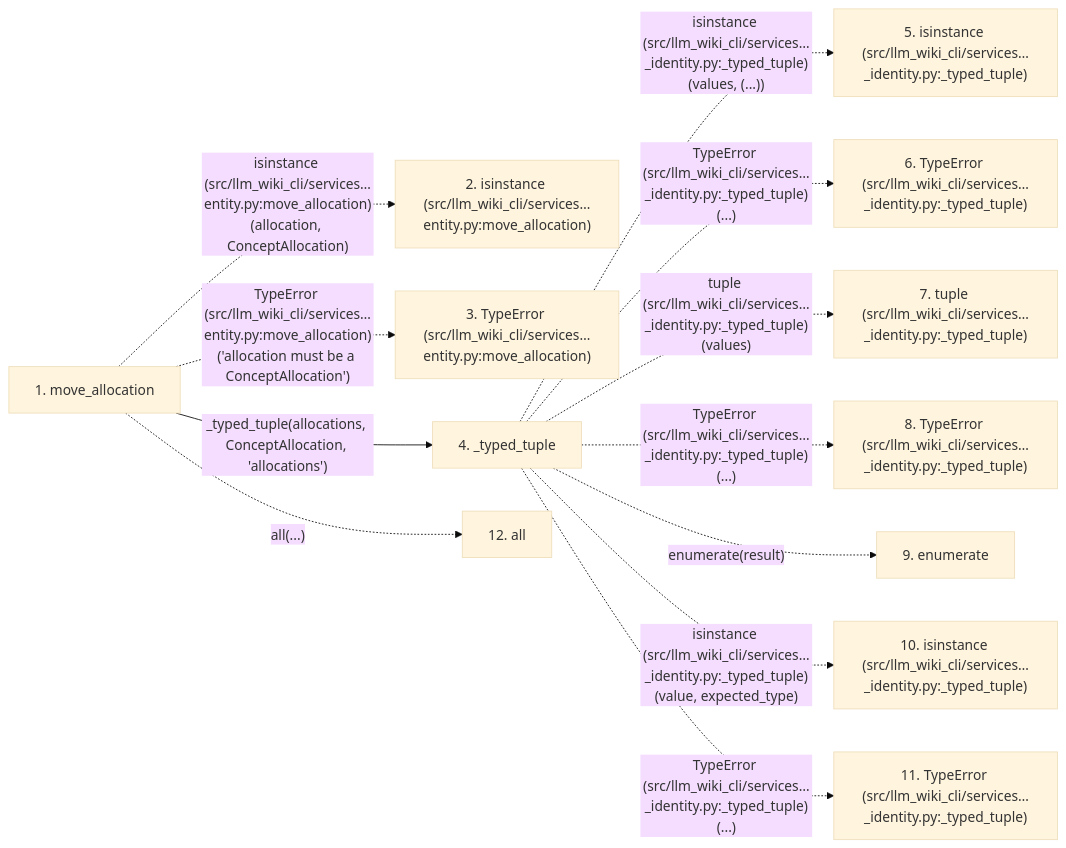
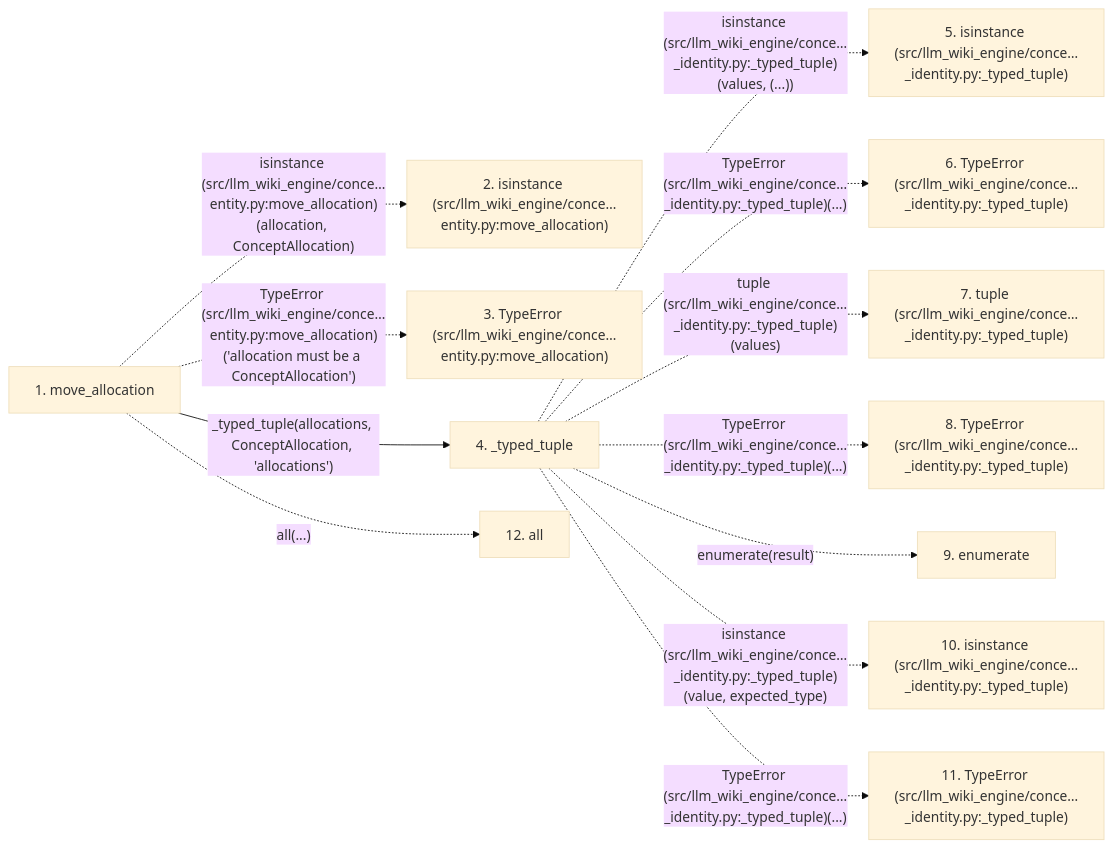
One commit to Denissvgn/python-wiki-llm changed the second of 2 diagrams in docs/llm_wiki/flows/api-move_allocation.md. Above: the diagram before and after it, drawn with Mermaid (base theme). The commit also changed other lines of this file and 1103 other files, not shown here.

First line of the commit message:
docs: refresh the wiki for the llm-wiki-engine distribution

````diff
--- a/docs/llm_wiki/flows/api-move_allocation.md
+++ b/docs/llm_wiki/flows/api-move_allocation.md
@@ -129,28 +129,28 @@
 ```mermaid
 flowchart LR
     s1["1. move_allocation"]
-    s2["2. isinstance (src/llm_wiki_cli/services…entity.py:move_allocation)"]
-    s3["3. TypeError (src/llm_wiki_cli/services…entity.py:move_allocation)"]
+    s2["2. isinstance (src/llm_wiki_engine/conce…entity.py:move_allocation)"]
+    s3["3. TypeError (src/llm_wiki_engine/conce…entity.py:move_allocation)"]
     s4["4. _typed_tuple"]
-    s5["5. isinstance (src/llm_wiki_cli/services…_identity.py:_typed_tuple)"]
-    s6["6. TypeError (src/llm_wiki_cli/services…_identity.py:_typed_tuple)"]
-    s7["7. tuple (src/llm_wiki_cli/services…_identity.py:_typed_tuple)"]
-    s8["8. TypeError (src/llm_wiki_cli/services…_identity.py:_typed_tuple)"]
+    s5["5. isinstance (src/llm_wiki_engine/conce…_identity.py:_typed_tuple)"]
+    s6["6. TypeError (src/llm_wiki_engine/conce…_identity.py:_typed_tuple)"]
+    s7["7. tuple (src/llm_wiki_engine/conce…_identity.py:_typed_tuple)"]
+    s8["8. TypeError (src/llm_wiki_engine/conce…_identity.py:_typed_tuple)"]
     s9["9. enumerate"]
-    s10["10. isinstance (src/llm_wiki_cli/services…_identity.py:_typed_tuple)"]
-    s11["11. TypeError (src/llm_wiki_cli/services…_identity.py:_typed_tuple)"]
+    s10["10. isinstance (src/llm_wiki_engine/conce…_identity.py:_typed_tuple)"]
+    s11["11. TypeError (src/llm_wiki_engine/conce…_identity.py:_typed_tuple)"]
     s12["12. all"]
-    s1 -. "isinstance (src/llm_wiki_cli/services…entity.py:move_allocation)(allocation, ConceptAllocation)" .-> s2
-    s1 -. "TypeError (src/llm_wiki_cli/services…entity.py:move_allocation)('allocation must be a ConceptAllocation')" .-> s3
+    s1 -. "isinstance (src/llm_wiki_engine/conce…entity.py:move_allocation)(allocation, ConceptAllocation)" .-> s2
+    s1 -. "TypeError (src/llm_wiki_engine/conce…entity.py:move_allocation)('allocation must be a ConceptAllocation')" .-> s3
     s1 -->|"_typed_tuple(allocations, ConceptAllocation, 'allocations')"| s4
-    s4 -. "isinstance (src/llm_wiki_cli/services…_identity.py:_typed_tuple)(values, (...))" .-> s5
-    s4 -. "TypeError (src/llm_wiki_cli/services…_identity.py:_typed_tuple)(...)" .-> s6
-    s4 -. "tuple (src/llm_wiki_cli/services…_identity.py:_typed_tuple)(values)" .-> s7
-    s4 -. "TypeError (src/llm_wiki_cli/services…_identity.py:_typed_tuple)(...)" .-> s8
+    s4 -. "isinstance (src/llm_wiki_engine/conce…_identity.py:_typed_tuple)(values, (...))" .-> s5
+    s4 -. "TypeError (src/llm_wiki_engine/conce…_identity.py:_typed_tuple)(...)" .-> s6
+    s4 -. "tuple (src/llm_wiki_engine/conce…_identity.py:_typed_tuple)(values)" .-> s7
+    s4 -. "TypeError (src/llm_wiki_engine/conce…_identity.py:_typed_tuple)(...)" .-> s8
     s4 -. "enumerate(result)" .-> s9
-    s4 -. "isinstance (src/llm_wiki_cli/services…_identity.py:_typed_tuple)(value, expected_type)" .-> s10
-    s4 -. "TypeError (src/llm_wiki_cli/services…_identity.py:_typed_tuple)(...)" .-> s11
+    s4 -. "isinstance (src/llm_wiki_engine/conce…_identity.py:_typed_tuple)(value, expected_type)" .-> s10
+    s4 -. "TypeError (src/llm_wiki_engine/conce…_identity.py:_typed_tuple)(...)" .-> s11
     s1 -. "all(...)" .-> s12
     click s1 "../modules/concept_identity.md"
     click s4 "../modules/concept_identity.md"
 ```
````
